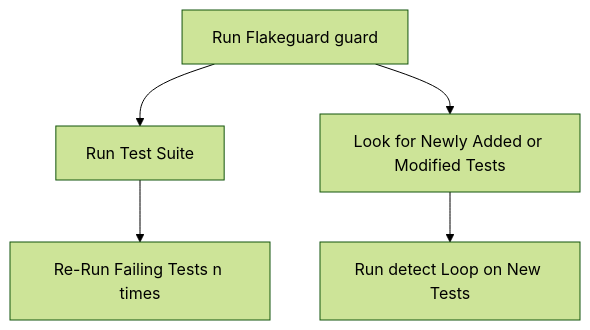
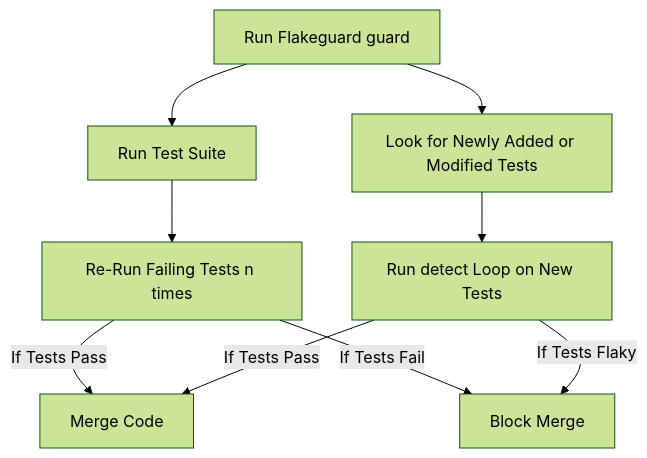
One commit to smartcontractkit/flakeguard changed the fourth of 4 diagrams in design.md. Above: the diagram before and after it, drawn with Mermaid (forest theme). The commit also changed other lines of this file and 4 other files, not shown here.

````diff
--- a/design.md
+++ b/design.md
@@ -86,13 +78,19 @@
 ```mermaid
 flowchart TD
   r[Run Flakeguard guard]
   new[Look for Newly Added or Modified Tests]
   run[Run Test Suite]
   rerun[Re-Run Failing Tests n times]
   detect[Run detect Loop on New Tests]
+  block[Block Merge]
+  merge[Merge Code]
 
   r-->run
   r-->new
   run-->rerun
   new-->detect
+  rerun -- If Tests Pass --> merge
+  detect -- If Tests Pass --> merge
+  rerun -- If Tests Fail --> block
+  detect -- If Tests Flaky --> block
 ```
````
